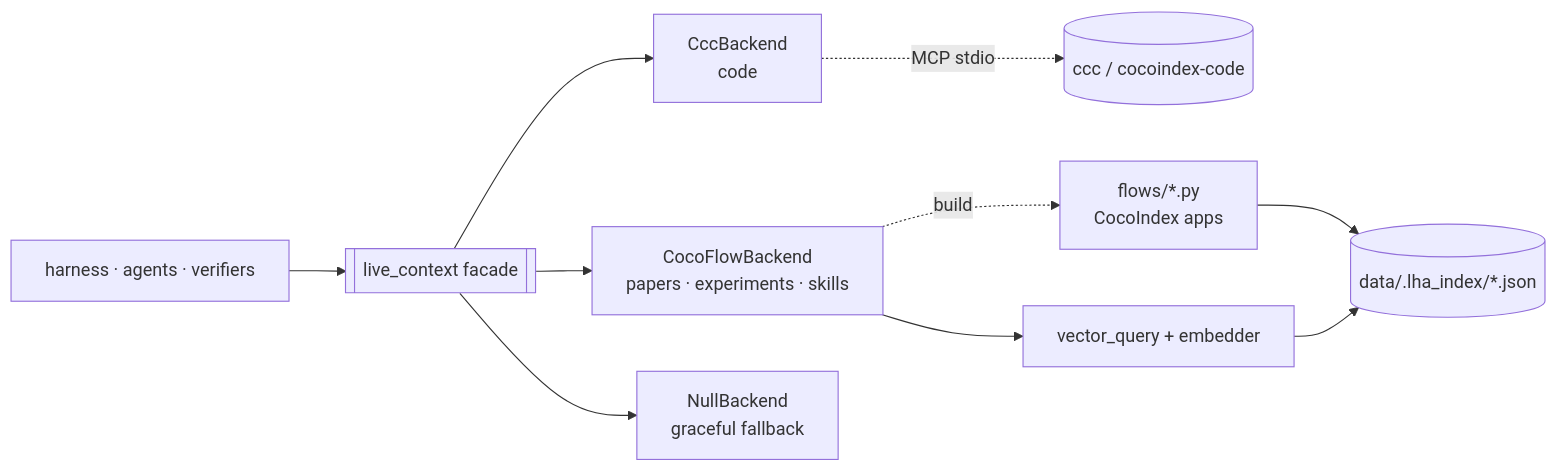
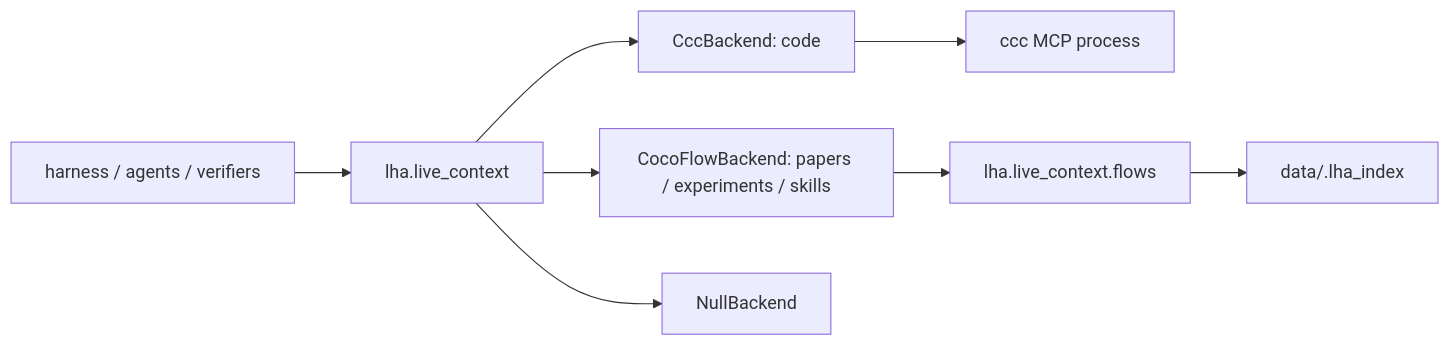
One commit to liuqjjin/long-horizon-agent changed the third of 3 diagrams in docs/ARCHITECTURE.md. Above: the diagram before and after it, drawn with Mermaid. The commit also changed other lines of this file and 175 other files, not shown here.

````diff
--- a/docs/ARCHITECTURE.md
+++ b/docs/ARCHITECTURE.md
@@ -73,12 +173,10 @@
 ```mermaid
 flowchart LR
-    CALLER[harness · agents · verifiers] --> FAC[[live_context facade]]
-    FAC --> CCB[CccBackend<br/>code]
-    FAC --> COB[CocoFlowBackend<br/>papers · experiments · skills]
-    FAC --> NB[NullBackend<br/>graceful fallback]
-    CCB -. MCP stdio .-> CCC[(ccc / cocoindex-code)]
-    COB --> VQ[vector_query + embedder]
-    COB -. build .-> FLOWS[flows/*.py<br/>CocoIndex apps]
-    FLOWS --> IDX[(data/.lha_index/*.json)]
-    VQ --> IDX
+    CALLER["harness / agents / verifiers"] --> FACADE["lha.live_context"]
+    FACADE --> CCC["CccBackend: code"]
+    FACADE --> COCO["CocoFlowBackend: papers / experiments / skills"]
+    FACADE --> NULL["NullBackend"]
+    CCC --> MCP["ccc MCP process"]
+    COCO --> FLOW["lha.live_context.flows"]
+    FLOW --> INDEX["data/.lha_index"]
 ```
````
